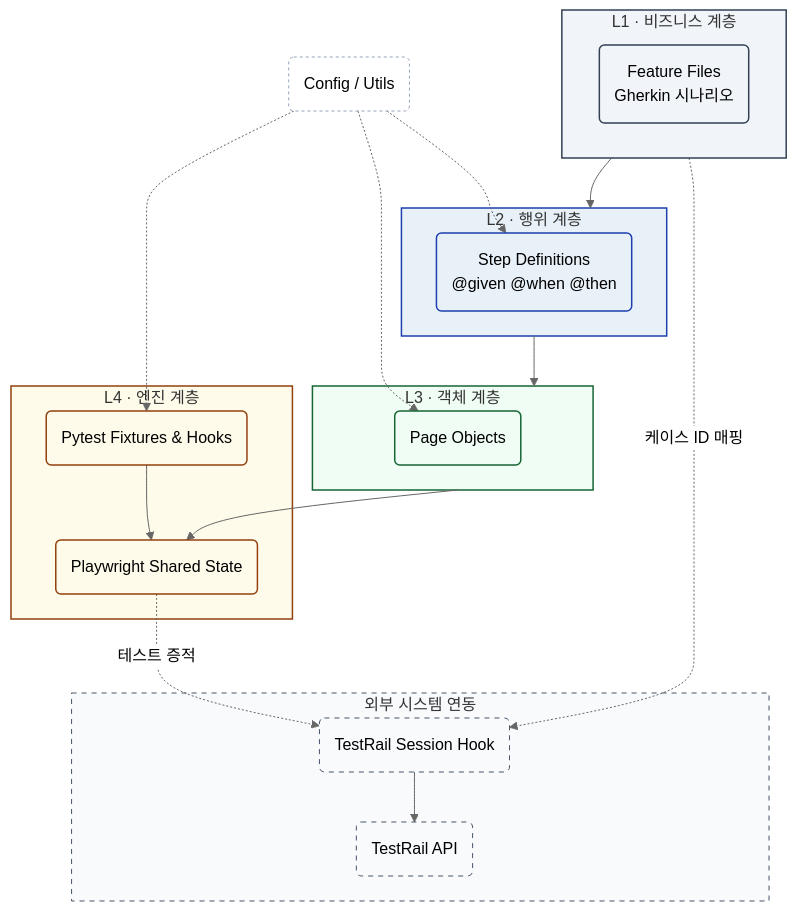
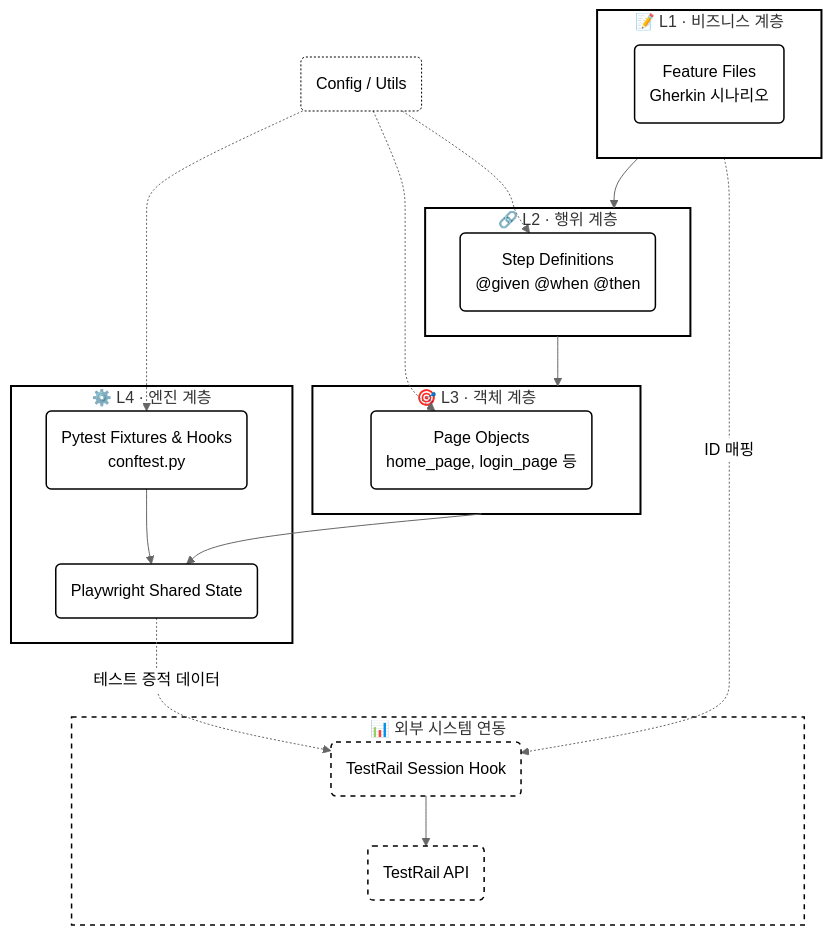
The fourth of 4 diagrams in flow_diagrams.md (mrt1847-test/practice_automation_dweb), drawn with Mermaid (neutral theme) before and after one commit.

````diff
--- a/flow_diagrams.md
+++ b/flow_diagrams.md
@@ -195,54 +195,55 @@
 ```mermaid
 graph TB
-    %% ===== Style Definitions =====
-    classDef l1 fill:#f1f5f9,stroke:#334155,stroke-width:1.5px
-    classDef l2 fill:#e8f1f8,stroke:#1e40af,stroke-width:1.5px
-    classDef l3 fill:#f0fdf4,stroke:#166534,stroke-width:1.5px
-    classDef l4 fill:#fffbeb,stroke:#92400e,stroke-width:1.5px
-    classDef ext fill:#f8fafc,stroke:#475569,stroke-dasharray:5 5
-    classDef cfg fill:#ffffff,stroke:#94a3b8,stroke-dasharray:3 3
+    %% ===== Style Definitions (심플한 무채색 설정) =====
+    classDef default fill:#ffffff,stroke:#000000,stroke-width:1.5px
+    classDef layer fill:#f8fafc,stroke:#000000,stroke-width:2px,font-weight:bold
+    classDef ext fill:#ffffff,stroke:#000000,stroke-width:1.5px,stroke-dasharray: 5 5
+    classDef cfg fill:#ffffff,stroke:#000000,stroke-width:1px,stroke-dasharray: 2 2
 
     %% ===== Layers =====
-    subgraph L1["L1 · 비즈니스 계층"]
+    subgraph L1["📝 L1 · 비즈니스 계층"]
         F1(Feature Files<br/>Gherkin 시나리오)
     end
 
-    subgraph L2["L2 · 행위 계층"]
+    subgraph L2["🔗 L2 · 행위 계층"]
         S1(Step Definitions<br/>@given @when @then)
     end
 
-    subgraph L3["L3 · 객체 계층"]
-        P1(Page Objects)
+    subgraph L3["🎯 L3 · 객체 계층"]
+        P1(Page Objects<br/>home_page, login_page 등)
     end
 
-    subgraph L4["L4 · 엔진 계층"]
-        E1(Pytest Fixtures & Hooks)
+    subgraph L4["⚙️ L4 · 엔진 계층"]
+        E1(Pytest Fixtures & Hooks<br/>conftest.py)
         E2(Playwright Shared State)
         E1 --> E2
     end
 
-    subgraph EXT["외부 시스템 연동"]
+    subgraph EXT["📊 외부 시스템 연동"]
         TR1(TestRail Session Hook)
         TR2(TestRail API)
         TR1 --> TR2
     end
 
     %% ===== Flow =====
     L1 --> L2 --> L3 --> E2
-    L1 -.->|케이스 ID 매핑| TR1
-    E2 -.->|테스트 증적| TR1
+    L1 -.->|ID 매핑| TR1
+    E2 -.->|테스트 증적 데이터| TR1
 
     %% ===== Config =====
     Config(Config / Utils)
     Config -.-> S1
     Config -.-> P1
     Config -.-> E1
 
-    %% ===== Class Mapping =====
-    class L1,F1 l1
-    class L2,S1 l2
-    class L3,P1 l3
-    class L4,E1,E2 l4
-    class EXT,TR1,TR2 ext
+    %% ===== Apply Styles =====
+    style L1 fill:#ffffff,stroke:#000000,stroke-width:2px
+    style L2 fill:#ffffff,stroke:#000000,stroke-width:2px
+    style L3 fill:#ffffff,stroke:#000000,stroke-width:2px
+    style L4 fill:#ffffff,stroke:#000000,stroke-width:2px
+    style EXT fill:#ffffff,stroke:#000000,stroke-width:1.5px,stroke-dasharray: 5 5
+    
+    class F1,S1,P1,E1,E2 default
+    class TR1,TR2 ext
     class Config cfg
 ```
````
